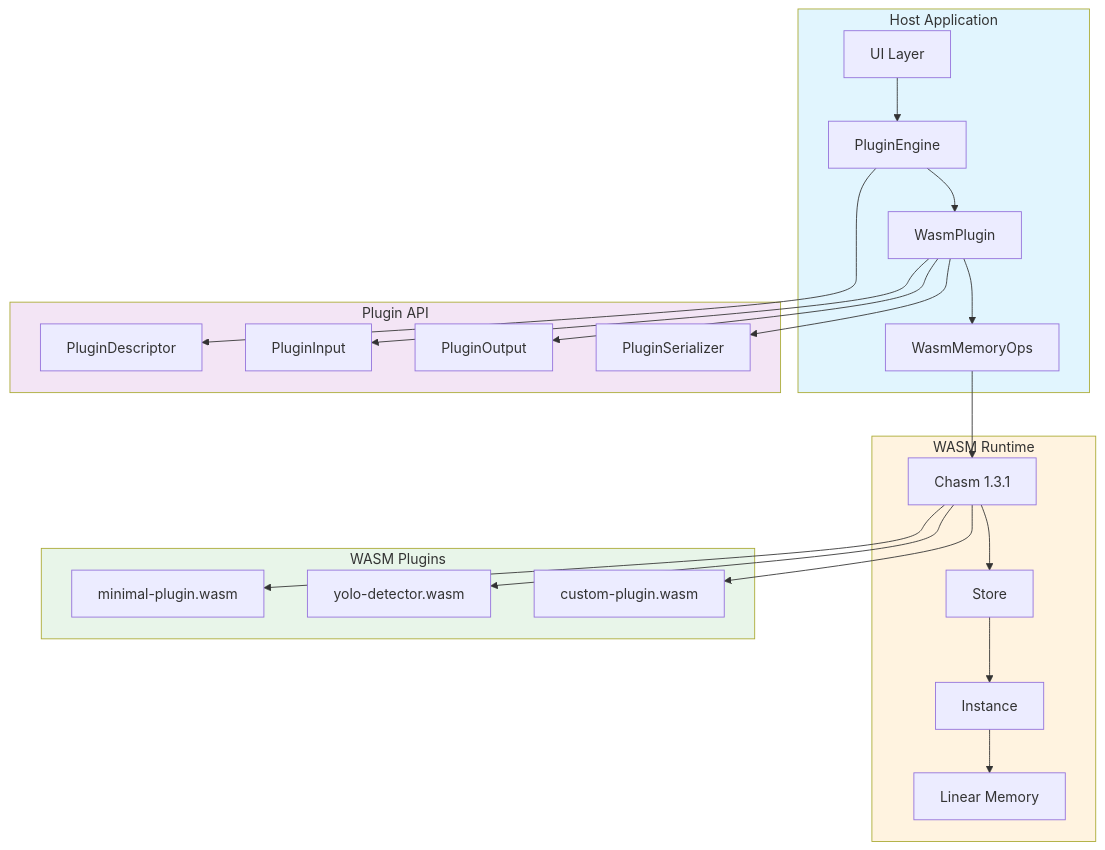
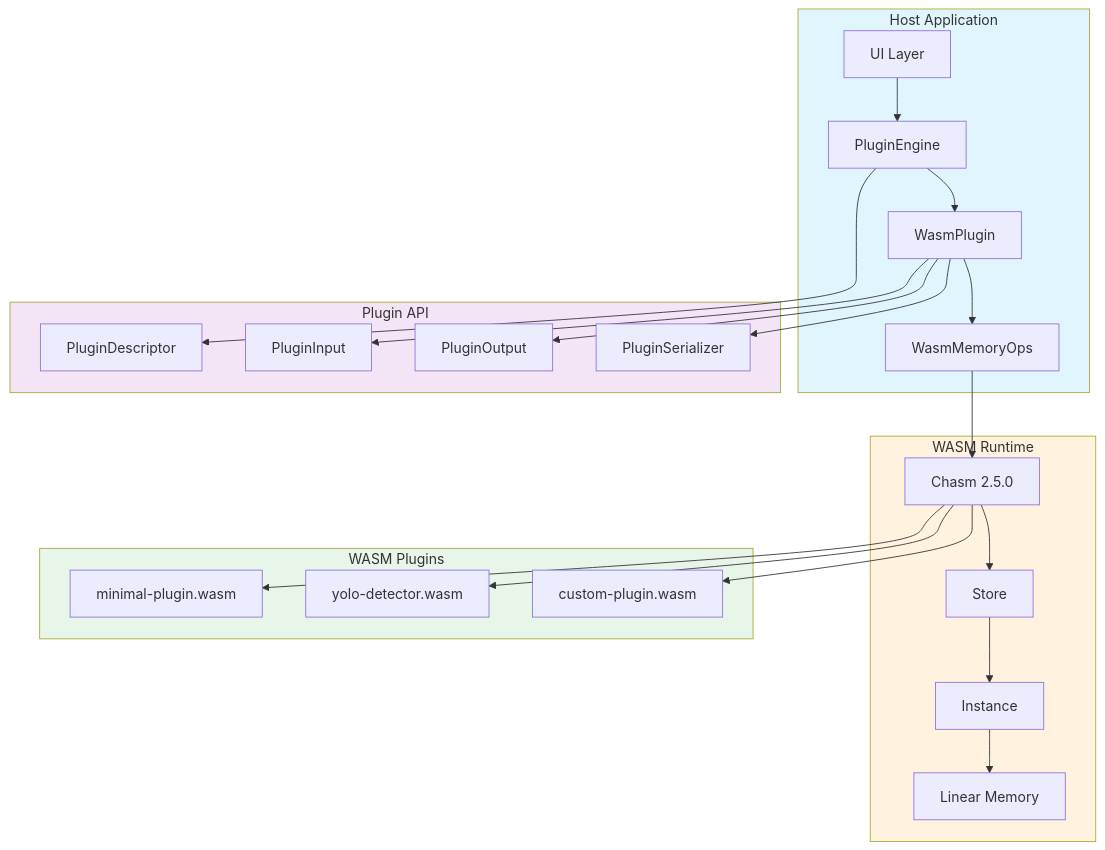
One commit to michalharakal/wasm-plugin-system changed the first of 12 diagrams in README.md. Above: the diagram before and after it, drawn with Mermaid. The commit also changed other lines of this file and 14 other files, not shown here.

````diff
--- a/README.md
+++ b/README.md
@@ -18,51 +18,51 @@
 ```mermaid
 graph TB
     subgraph Application["Host Application"]
         UI[UI Layer]
         PE[PluginEngine]
         WP[WasmPlugin]
         MO[WasmMemoryOps]
     end
 
     subgraph API["Plugin API"]
         PD[PluginDescriptor]
         PI[PluginInput]
         PO[PluginOutput]
         PS[PluginSerializer]
     end
 
     subgraph Runtime["WASM Runtime"]
-        CH[Chasm 1.3.1]
+        CH[Chasm 2.5.0]
         ST[Store]
         IN[Instance]
         MEM[Linear Memory]
     end
 
     subgraph Plugins["WASM Plugins"]
         P1[minimal-plugin.wasm]
         P2[yolo-detector.wasm]
         PN[custom-plugin.wasm]
     end
 
     UI --> PE
     PE --> WP
     WP --> MO
     WP --> PS
     MO --> CH
     PE --> PD
     WP --> PI
     WP --> PO
 
     CH --> ST
     ST --> IN
     IN --> MEM
 
     CH --> P1
     CH --> P2
     CH --> PN
 
     style Application fill:#e1f5fe
     style API fill:#f3e5f5
     style Runtime fill:#fff3e0
     style Plugins fill:#e8f5e9
 ```
````
